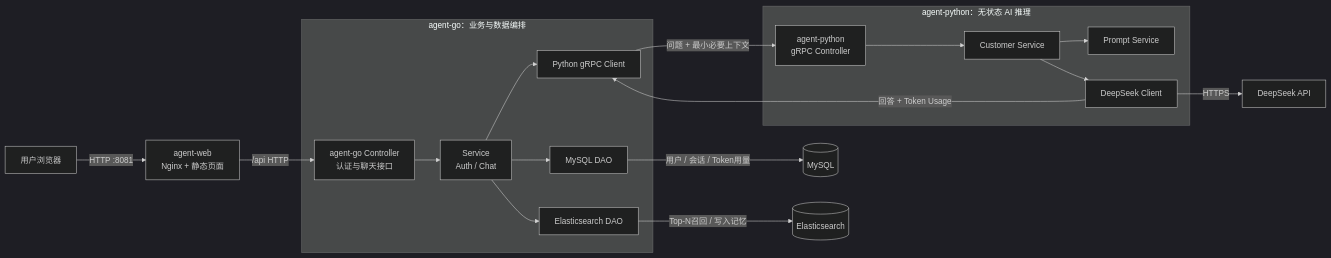
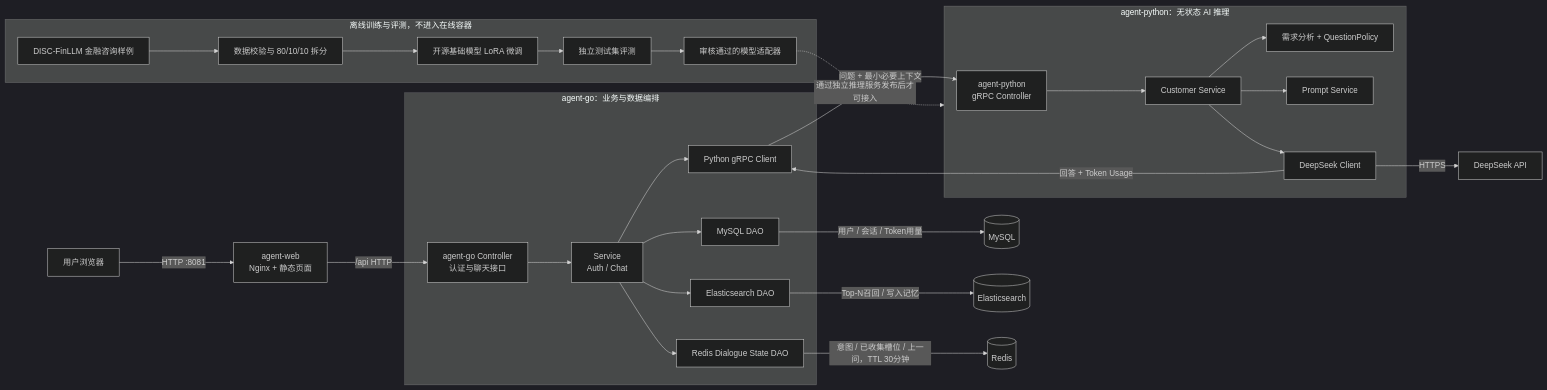
One commit to fantasyyou/Agent changed the diagram in ARCHITECTURE.md. Above: the diagram before and after it, drawn with Mermaid (dark theme). The commit also changed other lines of this file and 29 other files, not shown here.

````diff
--- a/ARCHITECTURE.md
+++ b/ARCHITECTURE.md
@@ -3,24 +3,36 @@
 ```mermaid
 flowchart LR
     User[用户浏览器] -->|HTTP :8081| Web[agent-web<br/>Nginx + 静态页面]
     Web -->|/api HTTP| Controller[agent-go Controller<br/>认证与聊天接口]
 
     subgraph GoService[agent-go：业务与数据编排]
         Controller --> Services[Service<br/>Auth / Chat]
         Services --> MySQLDAO[MySQL DAO]
         Services --> ESDAO[Elasticsearch DAO]
+        Services --> RedisDAO[Redis Dialogue State DAO]
         Services --> GRPCClient[Python gRPC Client]
     end
 
     MySQLDAO -->|用户 / 会话 / Token用量| MySQL[(MySQL)]
     ESDAO -->|Top-N召回 / 写入记忆| ES[(Elasticsearch)]
+    RedisDAO -->|意图 / 已收集槽位 / 上一问，TTL 30分钟| Redis[(Redis)]
 
     GRPCClient -->|问题 + 最小必要上下文| PyController[agent-python<br/>gRPC Controller]
     subgraph PythonService[agent-python：无状态 AI 推理]
         PyController --> CustomerService[Customer Service]
+        CustomerService --> Requirement[需求分析 + QuestionPolicy]
         CustomerService --> PromptService[Prompt Service]
         CustomerService --> ModelClient[DeepSeek Client]
     end
     ModelClient -->|HTTPS| DeepSeek[DeepSeek API]
     ModelClient -->|回答 + Token Usage| GRPCClient
+
+    subgraph Offline[离线训练与评测，不进入在线容器]
+        DISC[DISC-FinLLM 金融咨询样例] --> Prepare[数据校验与 80/10/10 拆分]
+        Prepare --> LoRA[开源基础模型 LoRA 微调]
+        LoRA --> Eval[独立测试集评测]
+        Eval --> Artifact[审核通过的模型适配器]
+    end
+
+    Artifact -.通过独立推理服务发布后才可接入.-> PythonService
 ```
````
